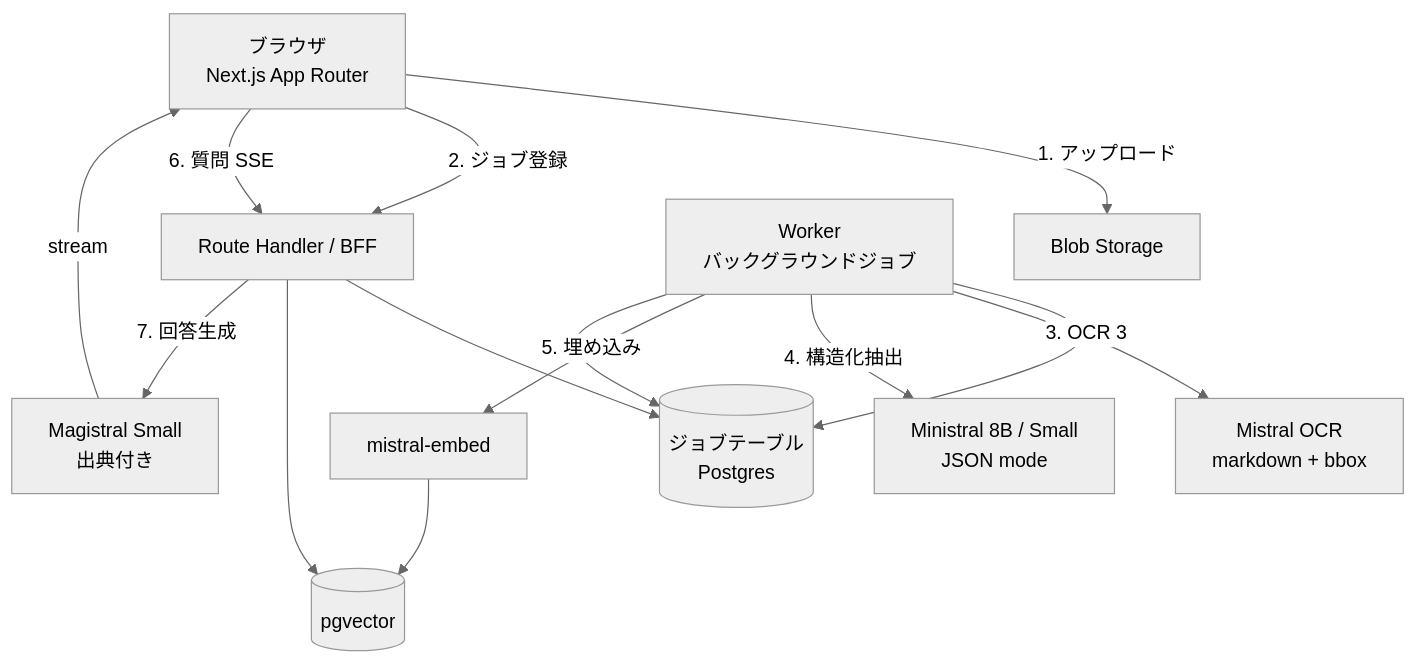
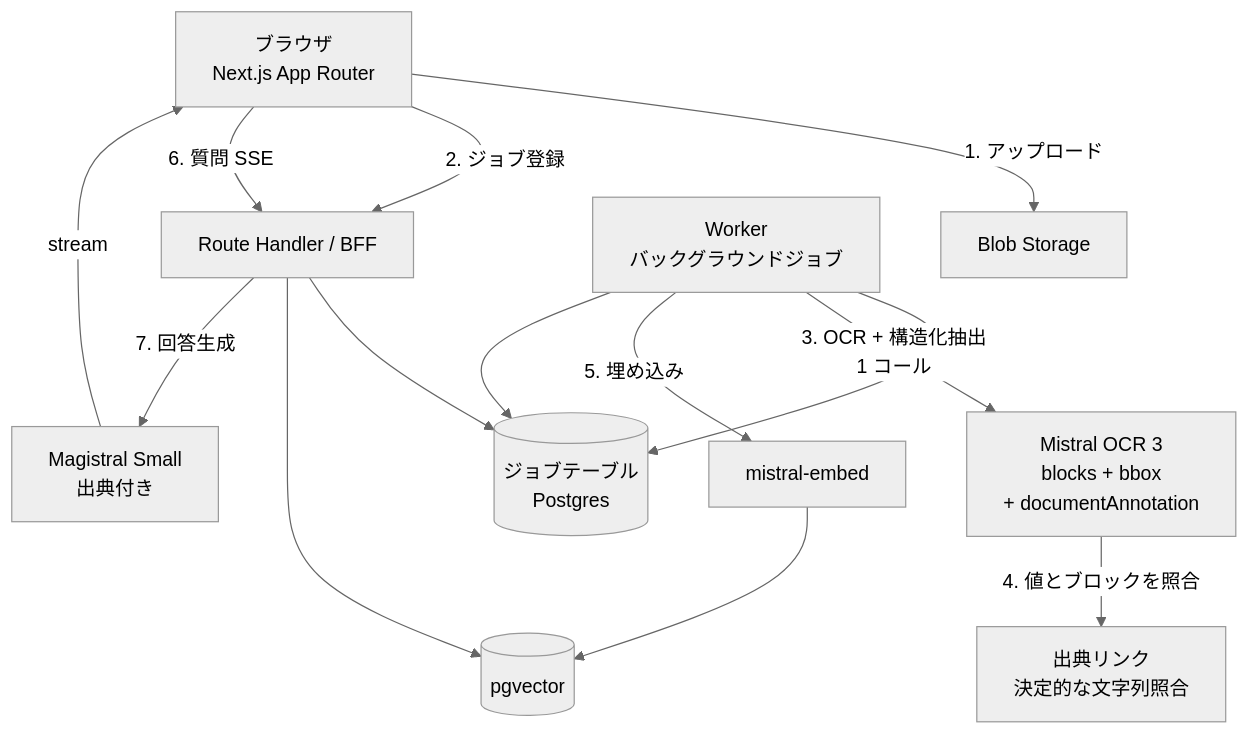
The diagram in docs/mistral-app-plan.md (PlasmaXD/PlasmaXD), drawn with Mermaid (neutral theme) before and after one commit. The commit also changed other lines of this file and 27 other files, not shown here.

````diff
--- a/docs/mistral-app-plan.md
+++ b/docs/mistral-app-plan.md
@@ -90,16 +110,16 @@
 ```mermaid
 flowchart TB
     U[ブラウザ<br/>Next.js App Router] -->|1. アップロード| S[Blob Storage]
     U -->|2. ジョブ登録| API[Route Handler / BFF]
     API --> Q[(ジョブテーブル<br/>Postgres)]
     W[Worker<br/>バックグラウンドジョブ] --> Q
-    W -->|3. OCR 3| M1[Mistral OCR<br/>markdown + bbox]
-    W -->|4. 構造化抽出| M2[Ministral 8B / Small<br/>JSON mode]
+    W -->|3. OCR + 構造化抽出<br/>1 コール| M1[Mistral OCR 3<br/>blocks + bbox<br/>+ documentAnnotation]
+    M1 -->|4. 値とブロックを照合| L[出典リンク<br/>決定的な文字列照合]
     W -->|5. 埋め込み| M3[mistral-embed]
     M3 --> V[(pgvector)]
     W --> Q
     U -->|6. 質問 SSE| API
     API --> V
     API -->|7. 回答生成| M4[Magistral Small<br/>出典付き]
     M4 -->|stream| U
 ```
````
